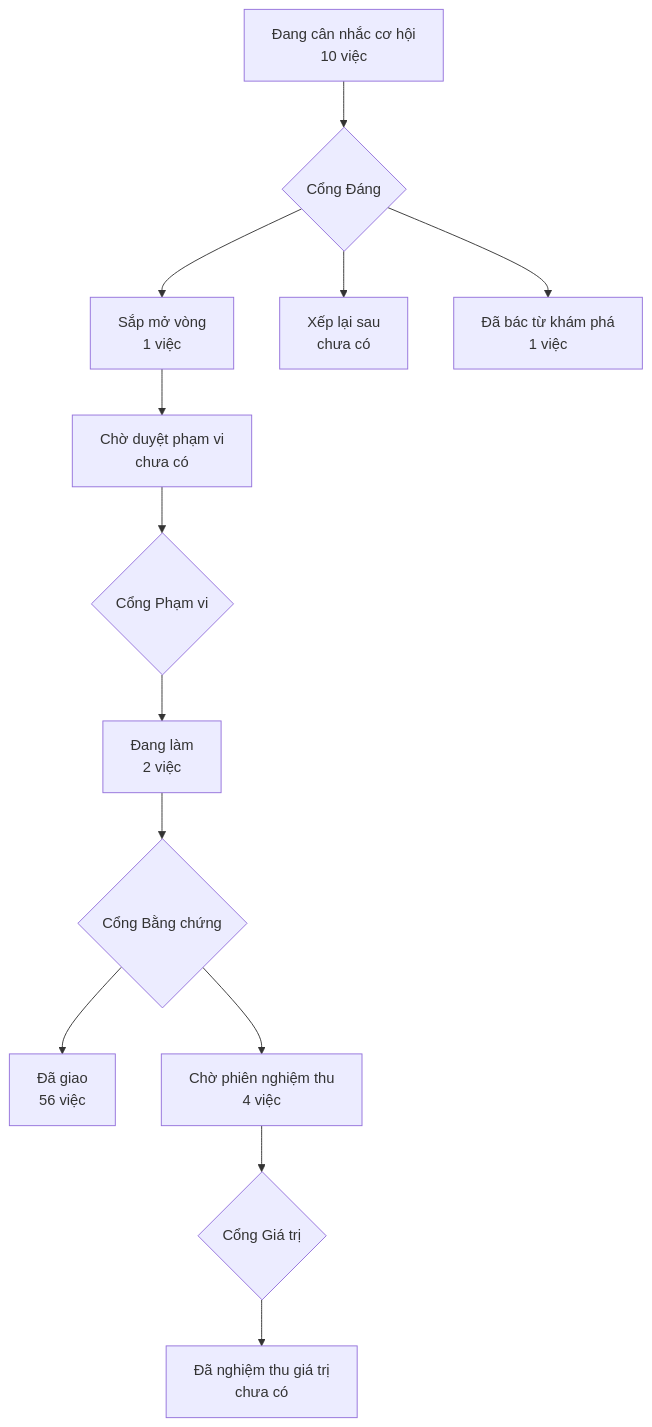
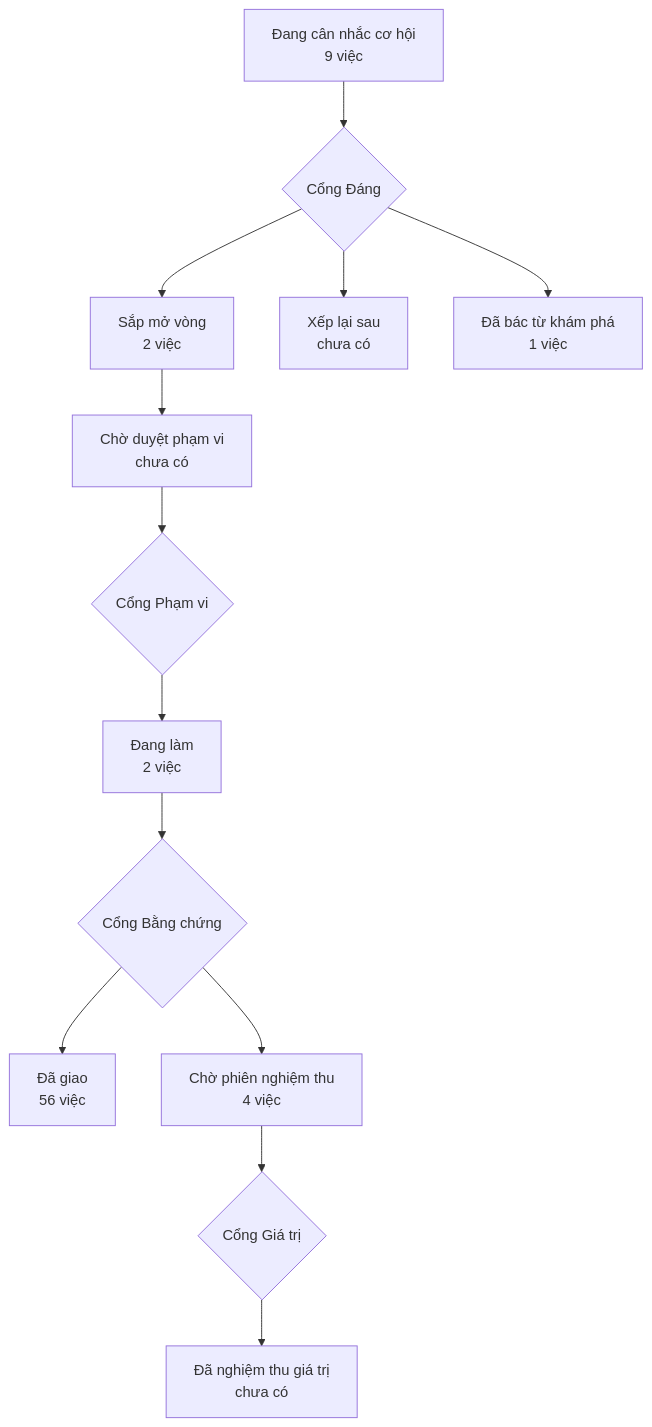
Before and after one commit to phanlemanh/acceptance-gate-kit: the diagram in PRODUCT-MAP.md, drawn with Mermaid. The commit also changed 1 other file, not shown here.

Commit message:
gate0(lan-may-song-qua-bo-phan-loai): KÝ Cổng Đáng — build, ngưỡng giữ nguyên
Manh Phan ký 2026-08-25. decision: build, stage: decided.

Ngưỡng chốt NGUYÊN VĂN bản đề xuất, không sửa một con số:
- SỐNG: trong 5 vòng S4 kế trên kho kit (hoặc tới 30/09) — 0 vòng BLOCKED vì
  bộ phân loại trên lệnh đã cho-phép-sẵn, và không còn chuỗi ≥2 lượt fan-out
  BLOCKED liên tiếp;
- CHẾT: vẫn có chuỗi 2 lượt fan-out chặn liên tiếp, HOẶC danh sách cho-phép
  gây một sự cố thật;
- số từ run-log + Iterations của evidence-report; timebox 30/09 → park.

Bản đồ sản phẩm dựng lại CÙNG lượt chữ ký (ADR 0007 — bài học a815bca6 hôm nay:
ký mà quên dựng bản đồ làm chính commit chữ ký thành evidence stale).

````diff
--- a/PRODUCT-MAP.md
+++ b/PRODUCT-MAP.md
@@ -6,12 +6,12 @@
 ```mermaid
 flowchart TD
-  A["Đang cân nhắc cơ hội<br/>10 việc"] --> GD{"Cổng Đáng"}
-  GD --> B["Sắp mở vòng<br/>1 việc"]
+  A["Đang cân nhắc cơ hội<br/>9 việc"] --> GD{"Cổng Đáng"}
+  GD --> B["Sắp mở vòng<br/>2 việc"]
   GD --> XL["Xếp lại sau<br/>chưa có"]
   GD --> DB["Đã bác từ khám phá<br/>1 việc"]
   B --> CD["Chờ duyệt phạm vi<br/>chưa có"] --> GP{"Cổng Phạm vi"}
   GP --> DL["Đang làm<br/>2 việc"] --> GB{"Cổng Bằng chứng"}
   GB --> DG["Đã giao<br/>56 việc"]
   GB --> CN["Chờ phiên nghiệm thu<br/>4 việc"] --> GG{"Cổng Giá trị"}
   GG --> NT["Đã nghiệm thu giá trị<br/>chưa có"]
 ```
````
